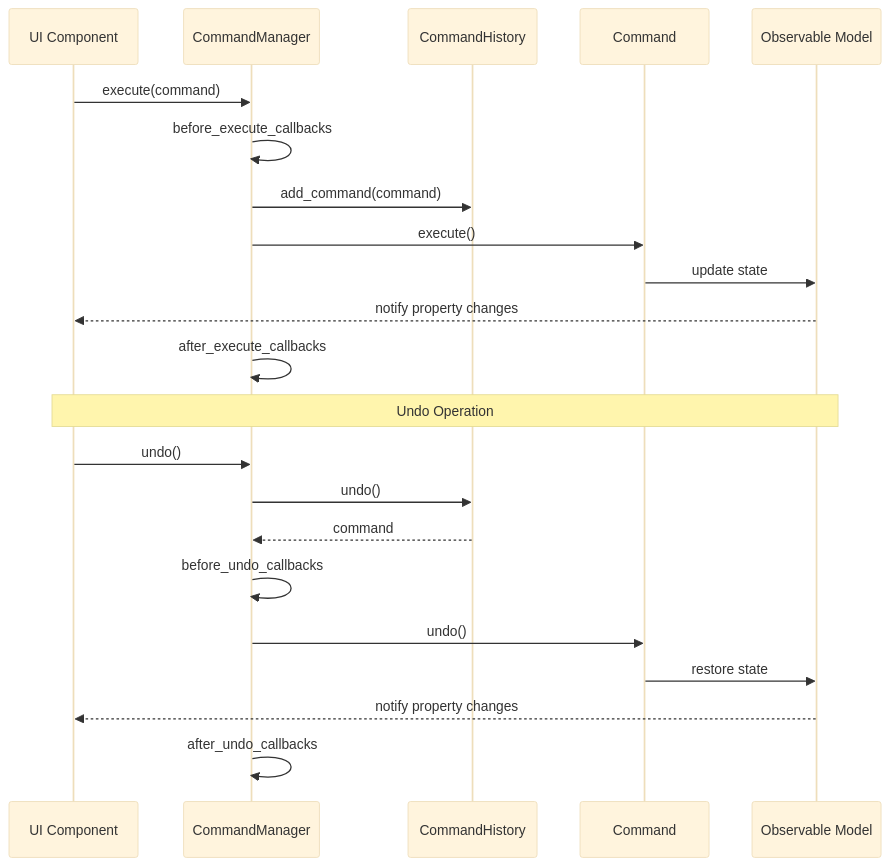
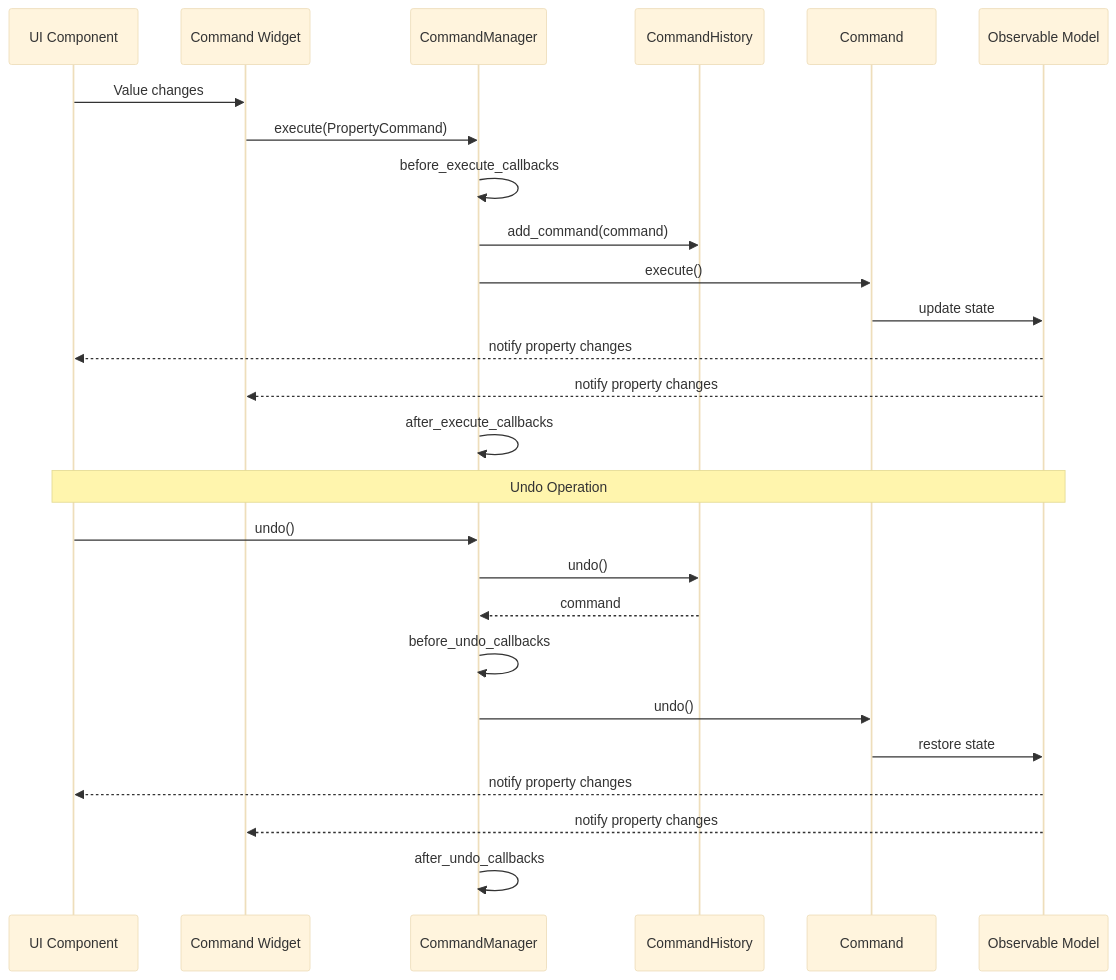
The second of 3 diagrams in command_system/docs/explanation.md (maro7tigre/PySignalDecipher), drawn with Mermaid (base theme) before and after one commit. The commit also changed other lines of this file and 13 other files, not shown here.

````diff
--- a/command_system/docs/explanation.md
+++ b/command_system/docs/explanation.md
@@ -147,27 +151,31 @@
 ```mermaid
 sequenceDiagram
     participant UI as UI Component
+    participant CW as Command Widget
     participant CM as CommandManager
     participant CH as CommandHistory
     participant CMD as Command
     participant Model as Observable Model
     
-    UI->>CM: execute(command)
+    UI->>CW: Value changes
+    CW->>CM: execute(PropertyCommand)
     CM->>CM: before_execute_callbacks
     CM->>CH: add_command(command)
     CM->>CMD: execute()
     CMD->>Model: update state
     Model-->>UI: notify property changes
+    Model-->>CW: notify property changes
     CM->>CM: after_execute_callbacks
     
     Note over UI,Model: Undo Operation
     
     UI->>CM: undo()
     CM->>CH: undo()
     CH-->>CM: command
     CM->>CM: before_undo_callbacks
     CM->>CMD: undo()
     CMD->>Model: restore state
     Model-->>UI: notify property changes
+    Model-->>CW: notify property changes
     CM->>CM: after_undo_callbacks
 ```
````
